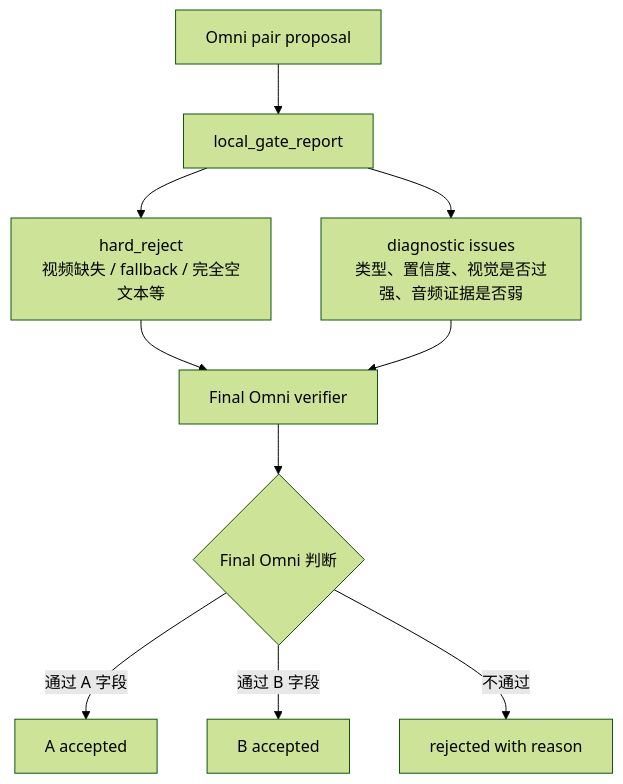
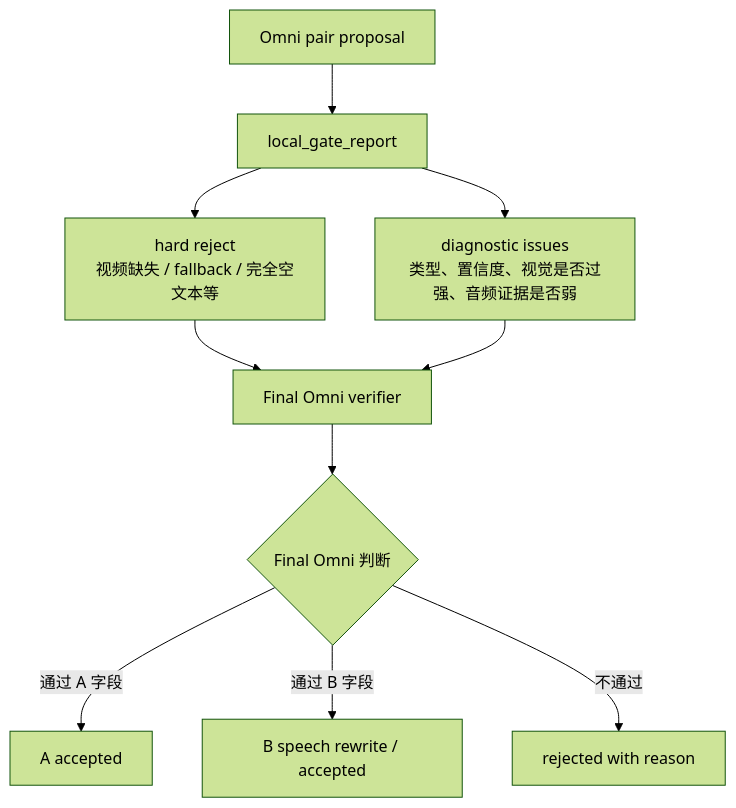
The third of 3 diagrams in doc/audio_lines_ab_flow_20260511.md (Seven-creater/cvr), drawn with Mermaid (forest theme) before and after one commit. The commit also changed other lines of this file and 9 other files, not shown here.

````diff
--- a/doc/audio_lines_ab_flow_20260511.md
+++ b/doc/audio_lines_ab_flow_20260511.md
@@ -192,12 +278,12 @@
 ```mermaid
 flowchart TD
     A["Omni pair proposal"] --> B["local_gate_report"]
-    B --> C["hard_reject<br/>视频缺失 / fallback / 完全空文本等"]
+    B --> C["hard reject<br/>视频缺失 / fallback / 完全空文本等"]
     B --> D["diagnostic issues<br/>类型、置信度、视觉是否过强、音频证据是否弱"]
     C --> E["Final Omni verifier"]
     D --> E
     E --> F{"Final Omni 判断"}
     F -- "通过 A 字段" --> G["A accepted"]
-    F -- "通过 B 字段" --> H["B accepted"]
+    F -- "通过 B 字段" --> H["B speech rewrite / accepted"]
     F -- "不通过" --> I["rejected with reason"]
 ```
````
